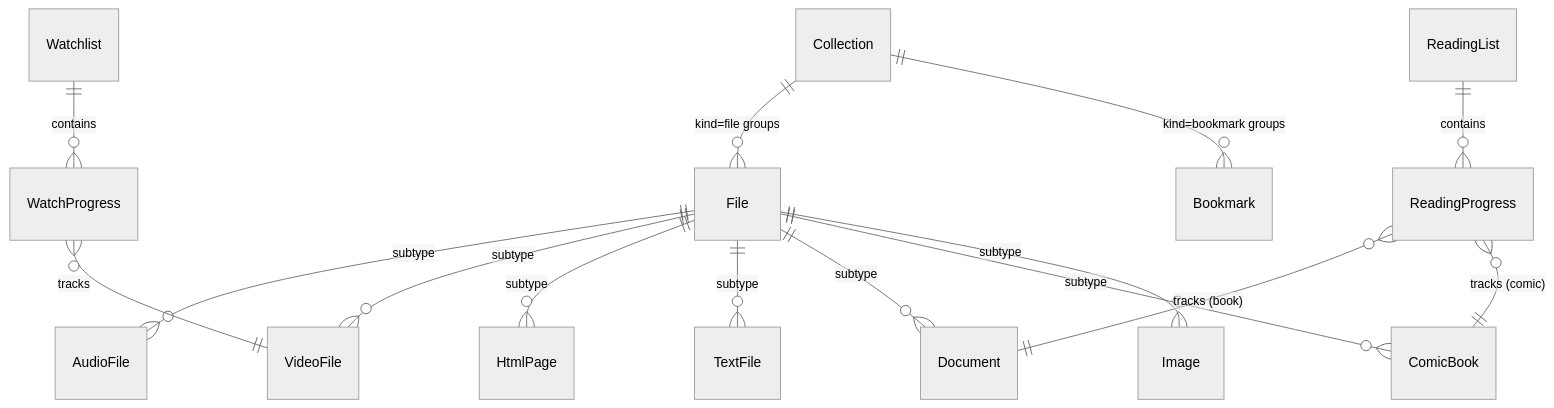
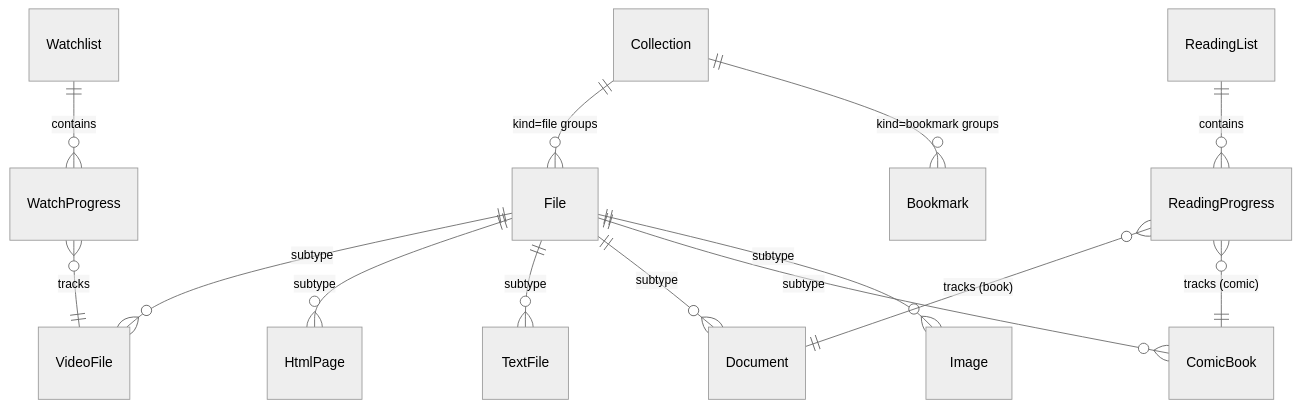
One commit to artur-rios/alexandria-api changed the second of 2 diagrams in docs/requirements/Vision Document.md. Above: the diagram before and after it, drawn with Mermaid (neutral theme). The commit also changed other lines of this file and 11 other files, not shown here.

````diff
--- a/docs/requirements/Vision Document.md
+++ b/docs/requirements/Vision Document.md
@@ -132,17 +133,16 @@
 ```mermaid
 erDiagram
-    File ||--o{ AudioFile : "subtype"
     File ||--o{ VideoFile : "subtype"
     File ||--o{ HtmlPage : "subtype"
     File ||--o{ TextFile : "subtype"
     File ||--o{ Document : "subtype"
     File ||--o{ ComicBook : "subtype"
     File ||--o{ Image : "subtype"
     Collection ||--o{ File : "kind=file groups"
     Collection ||--o{ Bookmark : "kind=bookmark groups"
     Watchlist ||--o{ WatchProgress : "contains"
     WatchProgress }o--|| VideoFile : "tracks"
     ReadingList ||--o{ ReadingProgress : "contains"
     ReadingProgress }o--|| Document : "tracks (book)"
     ReadingProgress }o--|| ComicBook : "tracks (comic)"
 ```
````
